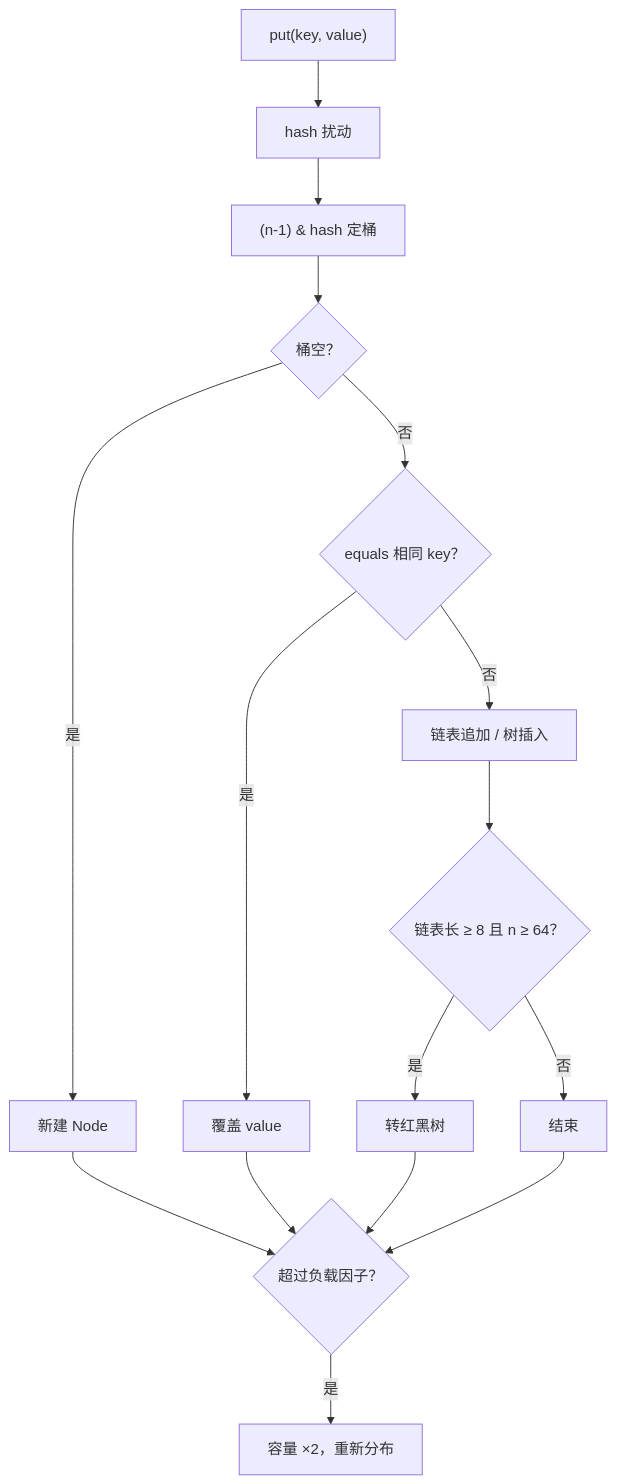
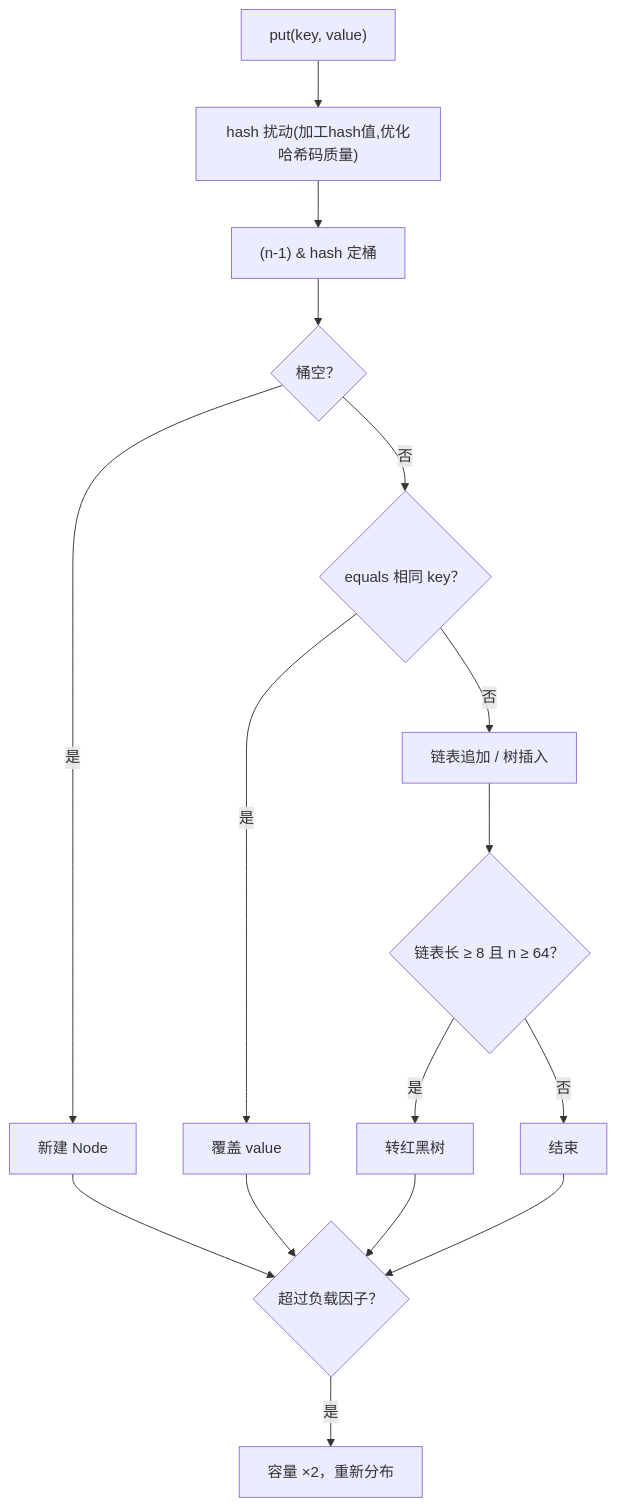
The diagram in docs/.vuepress/interview-bank/backend/java/09.HashMap-HashTable.md (l552177239/my-note), drawn with Mermaid before and after one commit.

Commit message:
Update HashMap-HashTable documentation: Enhance the explanation of the hash perturbation process in the flowchart for better clarity on hash value processing and optimization.

````diff
--- a/docs/.vuepress/interview-bank/backend/java/09.HashMap-HashTable.md
+++ b/docs/.vuepress/interview-bank/backend/java/09.HashMap-HashTable.md
@@ -41,18 +41,18 @@
 ```mermaid
 flowchart TB
-  put["put(key, value)"] --> h["hash 扰动"]
+  put["put(key, value)"] --> h["hash 扰动(加工hash值,优化哈希码质量)"]
   h --> idx["(n-1) & hash 定桶"]
   idx --> empty{"桶空？"}
   empty -->|是| set["新建 Node"]
   empty -->|否| eq{"equals 相同 key？"}
   eq -->|是| overwrite["覆盖 value"]
   eq -->|否| append["链表追加 / 树插入"]
   append --> tree{"链表长 ≥ 8 且 n ≥ 64？"}
   tree -->|是| rb["转红黑树"]
   tree -->|否| done["结束"]
   set --> resize{"超过负载因子？"}
   overwrite --> resize
   rb --> resize
   done --> resize
   resize -->|是| grow["容量 ×2，重新分布"]
 ```
````
